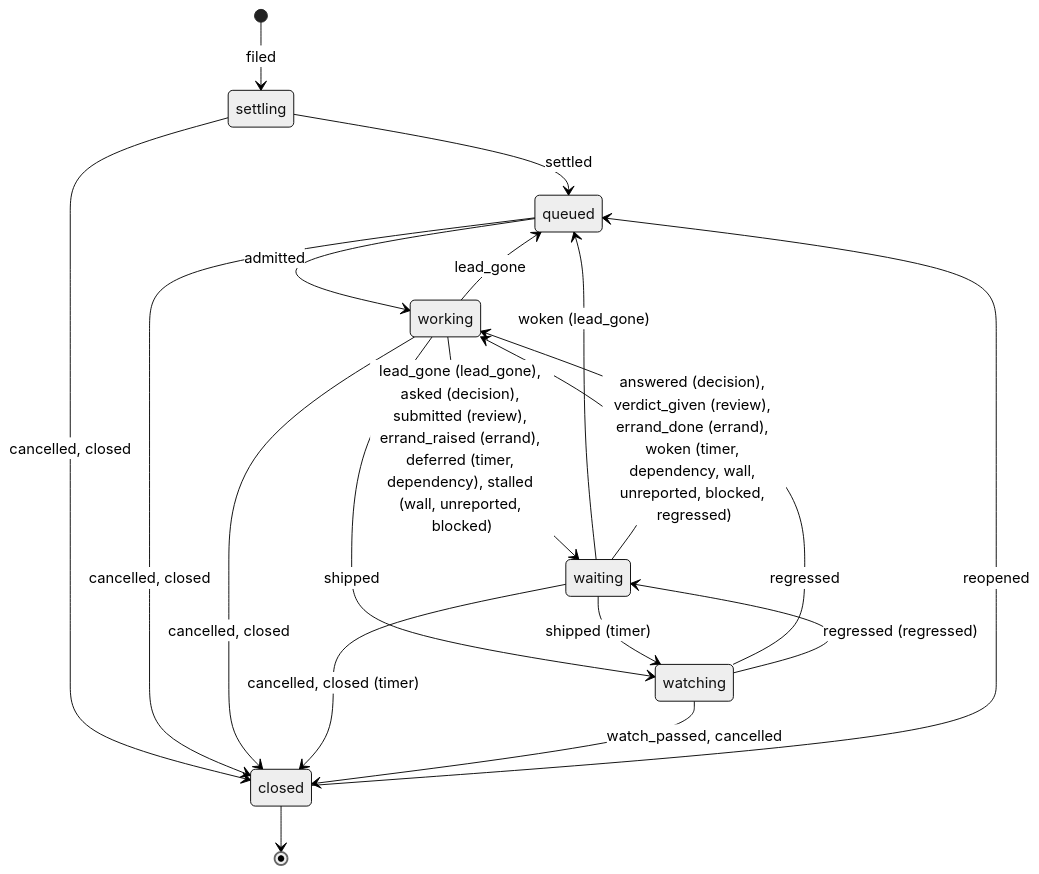
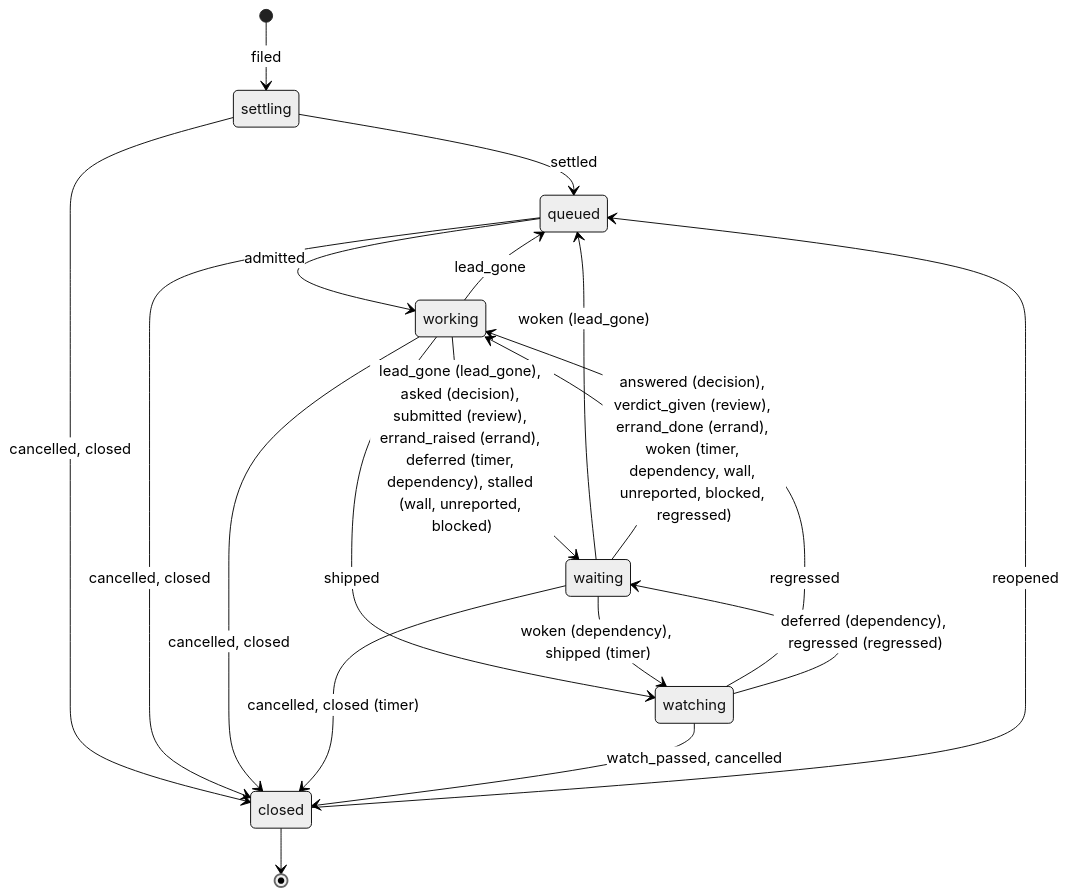
One commit to jkrumm/software-factory changed the diagram in docs/language.md. Above: the diagram before and after it, drawn with Mermaid (neutral theme). The commit also changed other lines of this file and 13 other files, not shown here.

````diff
--- a/docs/language.md
+++ b/docs/language.md
@@ -149,21 +149,21 @@
 ```mermaid
 stateDiagram-v2
   [*] --> settling: filed
   settling --> queued: settled
   settling --> closed: cancelled, closed
   queued --> working: admitted
   queued --> closed: cancelled, closed
   working --> queued: lead_gone
   working --> waiting: lead_gone (lead_gone), asked (decision), submitted (review), errand_raised (errand), deferred (timer, dependency), stalled (wall, unreported, blocked)
   working --> watching: shipped
   working --> closed: cancelled, closed
   waiting --> queued: woken (lead_gone)
   waiting --> working: answered (decision), verdict_given (review), errand_done (errand), woken (timer, dependency, wall, unreported, blocked, regressed)
-  waiting --> watching: shipped (timer)
+  waiting --> watching: woken (dependency), shipped (timer)
   waiting --> closed: cancelled, closed (timer)
   watching --> working: regressed
-  watching --> waiting: regressed (regressed)
+  watching --> waiting: deferred (dependency), regressed (regressed)
   watching --> closed: watch_passed, cancelled
   closed --> queued: reopened
   closed --> [*]
 ```
````
